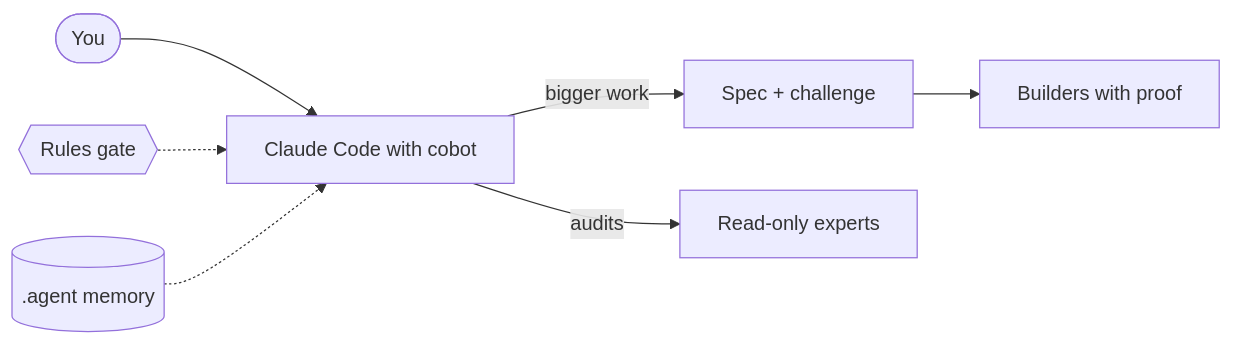
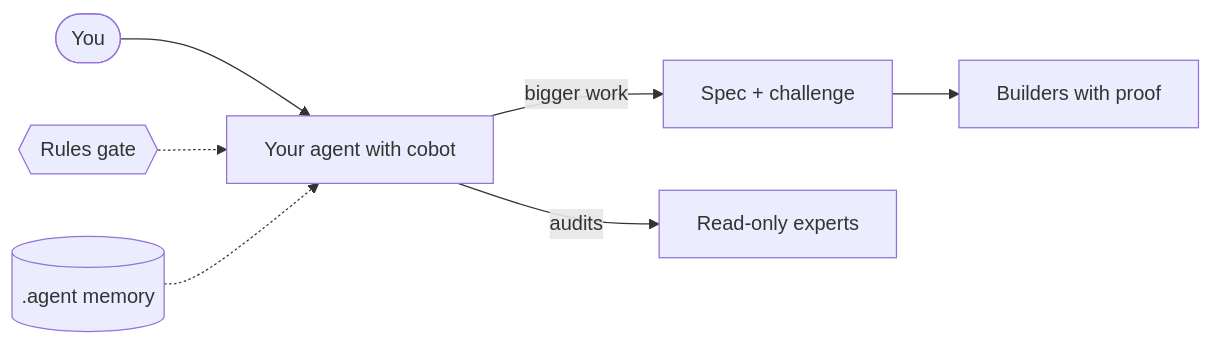
One commit to YpNo/cobot changed the diagram in README.md. Above: the diagram before and after it, drawn with Mermaid. The commit also changed other lines of this file and 5 other files, not shown here.

````diff
--- a/README.md
+++ b/README.md
@@ -33,9 +47,9 @@
 ```mermaid
 flowchart LR
-    you([You]) --> lead[Claude Code with cobot]
+    you([You]) --> lead[Your agent with cobot]
     lead -->|bigger work| spec[Spec + challenge]
     spec --> build[Builders with proof]
     lead -->|audits| experts[Read-only experts]
     gate{{Rules gate}} -.-> lead
     memory[(.agent memory)] -.-> lead
 ```
````
